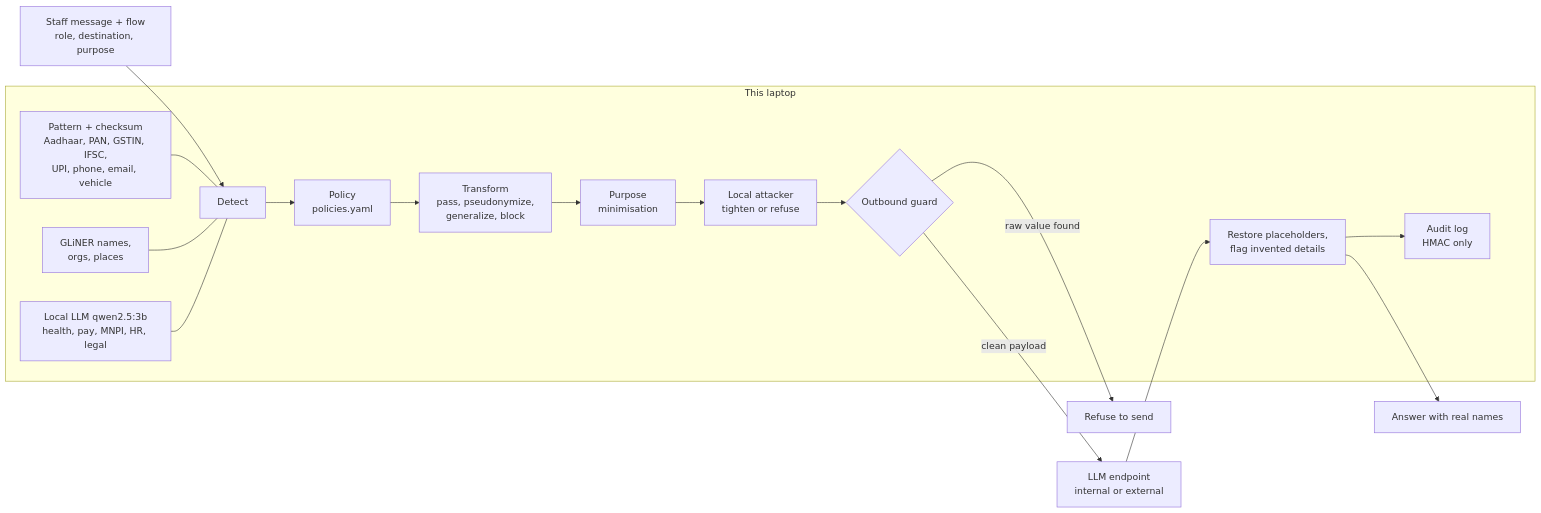
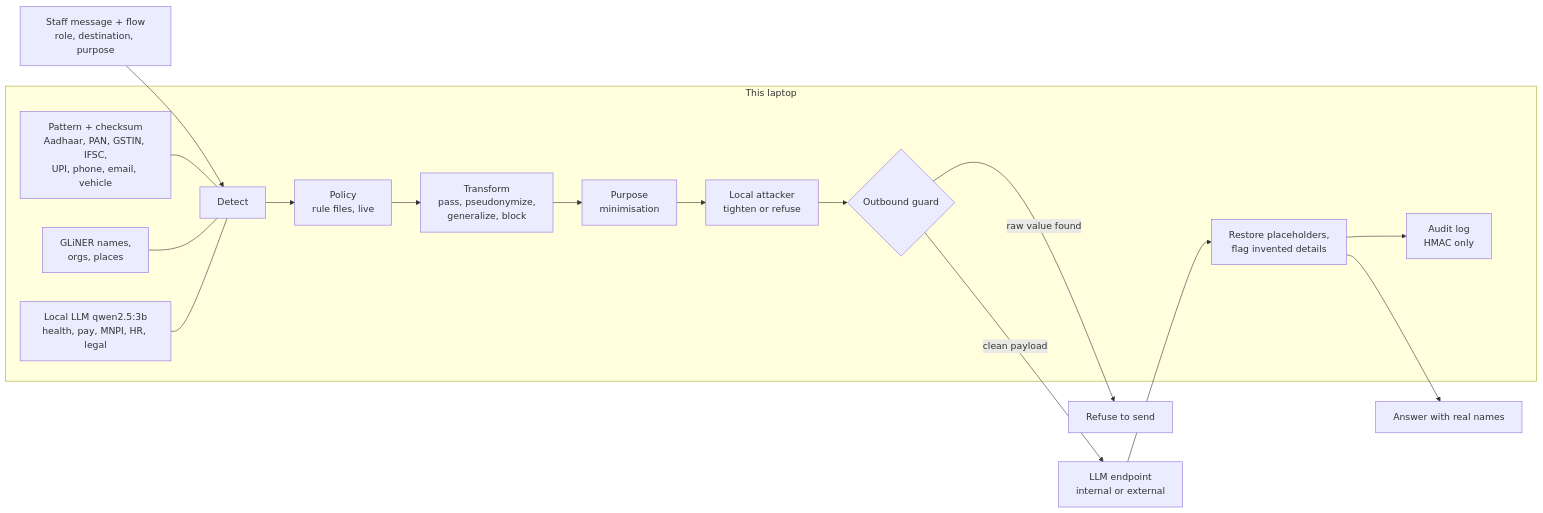
The diagram in README.md (MuazTPM-YT/Chaperone), drawn with Mermaid before and after one commit. The commit also changed other lines of this file and 2 other files, not shown here.

````diff
--- a/README.md
+++ b/README.md
@@ -125,14 +192,14 @@
 ```mermaid
 flowchart LR
     U[Staff message + flow<br/>role, destination, purpose] --> D
     subgraph L[This laptop]
-        D[Detect] --> P[Policy<br/>policies.yaml] --> T[Transform<br/>pass, pseudonymize,<br/>generalize, block] --> M[Purpose<br/>minimisation] --> K[Local attacker<br/>tighten or refuse] --> G{Outbound guard}
+        D[Detect] --> P[Policy<br/>rule files, live] --> T[Transform<br/>pass, pseudonymize,<br/>generalize, block] --> M[Purpose<br/>minimisation] --> K[Local attacker<br/>tighten or refuse] --> G{Outbound guard}
         D1[Pattern + checksum<br/>Aadhaar, PAN, GSTIN, IFSC,<br/>UPI, phone, email, vehicle] --- D
         D2[GLiNER names,<br/>orgs, places] --- D
         D3[Local LLM qwen2.5:3b<br/>health, pay, MNPI, HR, legal] --- D
         R[Restore placeholders,<br/>flag invented details] --> A[Audit log<br/>HMAC only]
     end
     G -- clean payload --> X[LLM endpoint<br/>internal or external]
     G -- raw value found --> S[Refuse to send]
     X --> R --> U2[Answer with real names]
 ```
````
